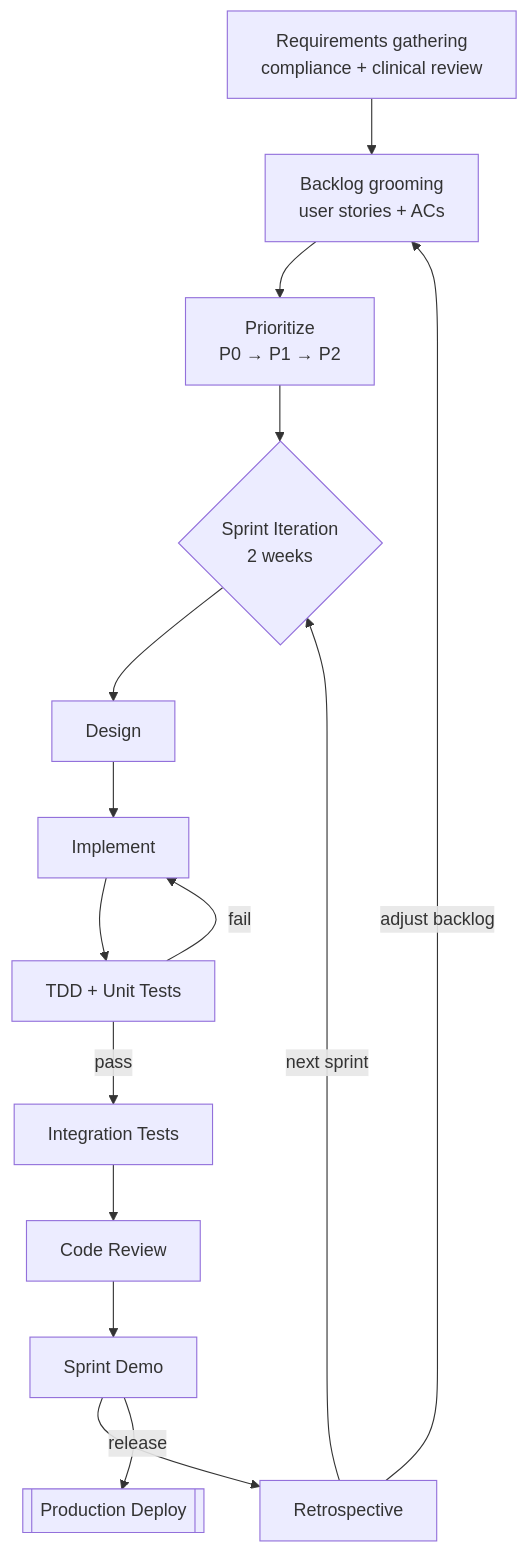
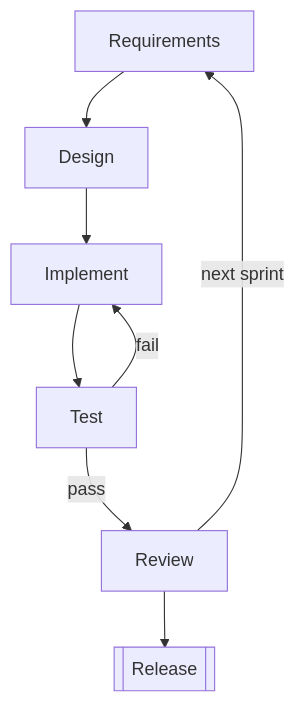
The fifth of 9 diagrams in ehr-blockchain/docs/chapter3-diagrams.md (justrhey/capstone), drawn with Mermaid before and after one commit. The commit also changed other lines of this file and 173 other files, not shown here.

````diff
--- a/ehr-blockchain/docs/chapter3-diagrams.md
+++ b/ehr-blockchain/docs/chapter3-diagrams.md
@@ -151,19 +105,10 @@
 ```mermaid
 flowchart TB
-    REQ[Requirements gathering<br/>compliance + clinical review] --> BL[Backlog grooming<br/>user stories + ACs]
-    BL --> PRIO[Prioritize<br/>P0 → P1 → P2]
-    PRIO --> SPRINT{Sprint Iteration<br/>2 weeks}
-
-    SPRINT --> DES[Design]
+    REQ[Requirements] --> DES[Design]
     DES --> IMP[Implement]
-    IMP --> TDD[TDD + Unit Tests]
-    TDD -->|fail| IMP
-    TDD -->|pass| INT[Integration Tests]
-    INT --> CR[Code Review]
-    CR --> DEMO[Sprint Demo]
-    DEMO --> RET[Retrospective]
-
-    RET -->|adjust backlog| BL
-    RET -->|next sprint| SPRINT
-    DEMO -->|release| REL[[Production Deploy]]
+    IMP --> TEST[Test]
+    TEST -->|fail| IMP
+    TEST -->|pass| REV[Review]
+    REV -->|next sprint| REQ
+    REV --> REL[[Release]]
 ```
````
